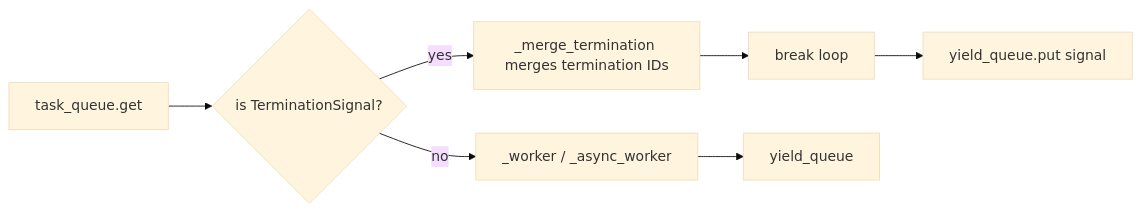
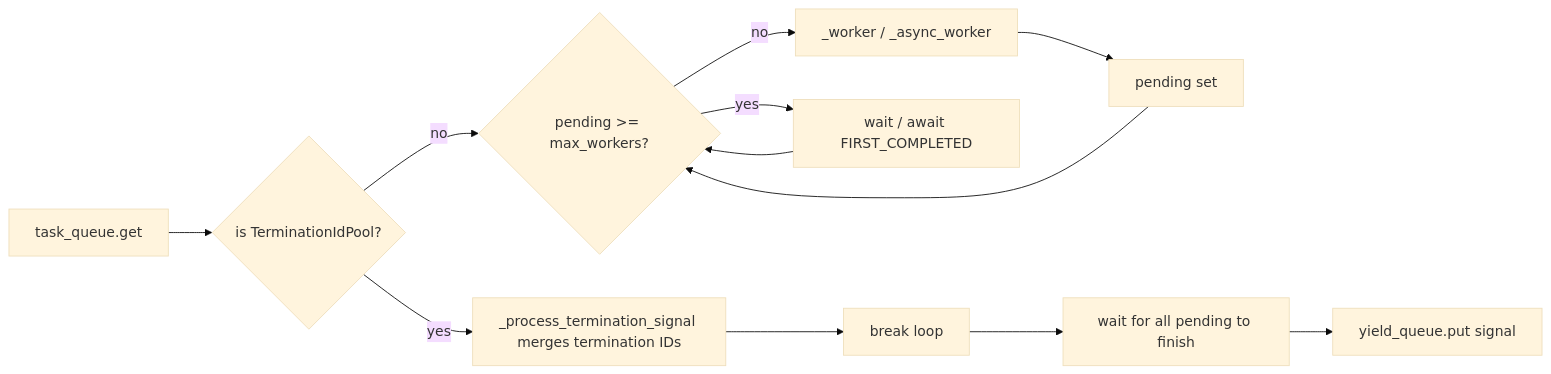
One commit to Mr-xiaotian/CelestialFlow changed the diagram in docs/en/tests/node/test_dispatch.md. Above: the diagram before and after it, drawn with Mermaid (base theme). The commit also changed other lines of this file and 169 other files, not shown here.

````diff
--- a/docs/en/tests/node/test_dispatch.md
+++ b/docs/en/tests/node/test_dispatch.md
@@ -71,9 +70,14 @@
 ```mermaid
 flowchart LR
-    In[task_queue.get] --> Sig{is TerminationSignal?}
-    Sig -- yes --> Merge[_merge_termination merges termination IDs]
+    In[task_queue.get] --> Sig{is TerminationIdPool?}
+    Sig -- yes --> Merge[_process_termination_signal merges termination IDs]
     Merge --> Break[break loop]
-    Sig -- no --> Worker[_worker / _async_worker]
-    Worker --> Out[yield_queue]
-    Break --> Put[yield_queue.put signal]
+    Sig -- no --> Cap{pending >= max_workers?}
+    Cap -- yes --> Wait[wait / await FIRST_COMPLETED]
+    Wait --> Cap
+    Cap -- no --> Worker[_worker / _async_worker]
+    Worker --> Pending[pending set]
+    Pending --> Cap
+    Break --> Drain[wait for all pending to finish]
+    Drain --> Put[yield_queue.put signal]
 ```
````
